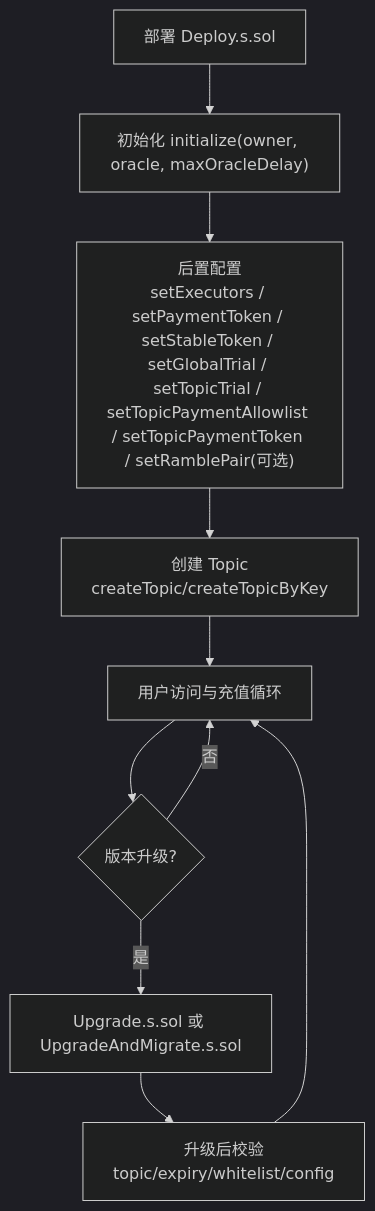
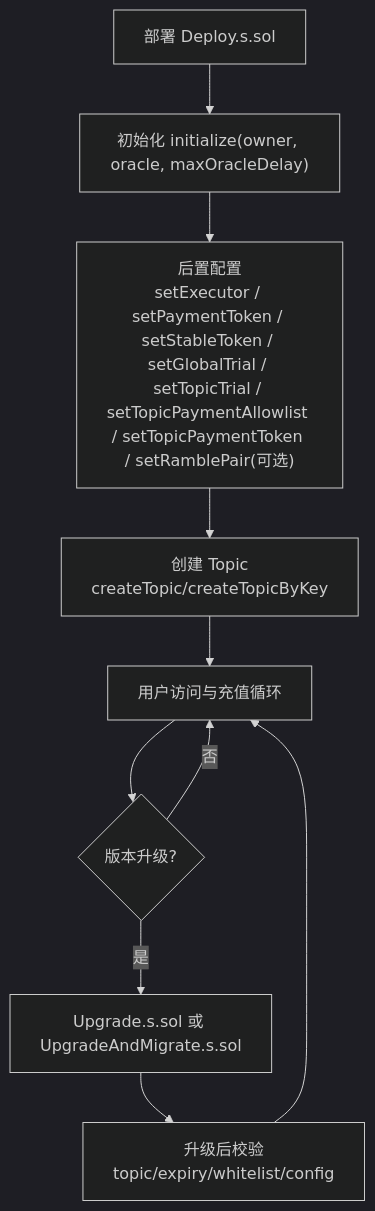
Before and after one commit to byte-ramble/auth-contract: the first of 7 diagrams in docs/design/flowcharts.md, drawn with Mermaid (dark theme). The commit also changed 24 other files, not shown here.

Commit message:
feat: harden executor withdrawals and BSC deploy flow

````diff
--- a/docs/design/flowcharts.md
+++ b/docs/design/flowcharts.md
@@ -6,12 +6,12 @@
 ```mermaid
 flowchart TD
     A["部署 Deploy.s.sol"] --> B["初始化 initialize(owner, oracle, maxOracleDelay)"]
-    B --> C["后置配置<br/>setExecutors / setPaymentToken / setStableToken / setGlobalTrial / setTopicTrial / setTopicPaymentAllowlist / setTopicPaymentToken / setRamblePair(可选)"]
+    B --> C["后置配置<br/>setExecutor / setPaymentToken / setStableToken / setGlobalTrial / setTopicTrial / setTopicPaymentAllowlist / setTopicPaymentToken / setRamblePair(可选)"]
     C --> D["创建 Topic<br/>createTopic/createTopicByKey"]
     D --> E["用户访问与充值循环"]
     E --> F{"版本升级?"}
     F -- "否" --> E
     F -- "是" --> G["Upgrade.s.sol 或 UpgradeAndMigrate.s.sol"]
     G --> H["升级后校验<br/>topic/expiry/whitelist/config"]
     H --> E
 ```
````
